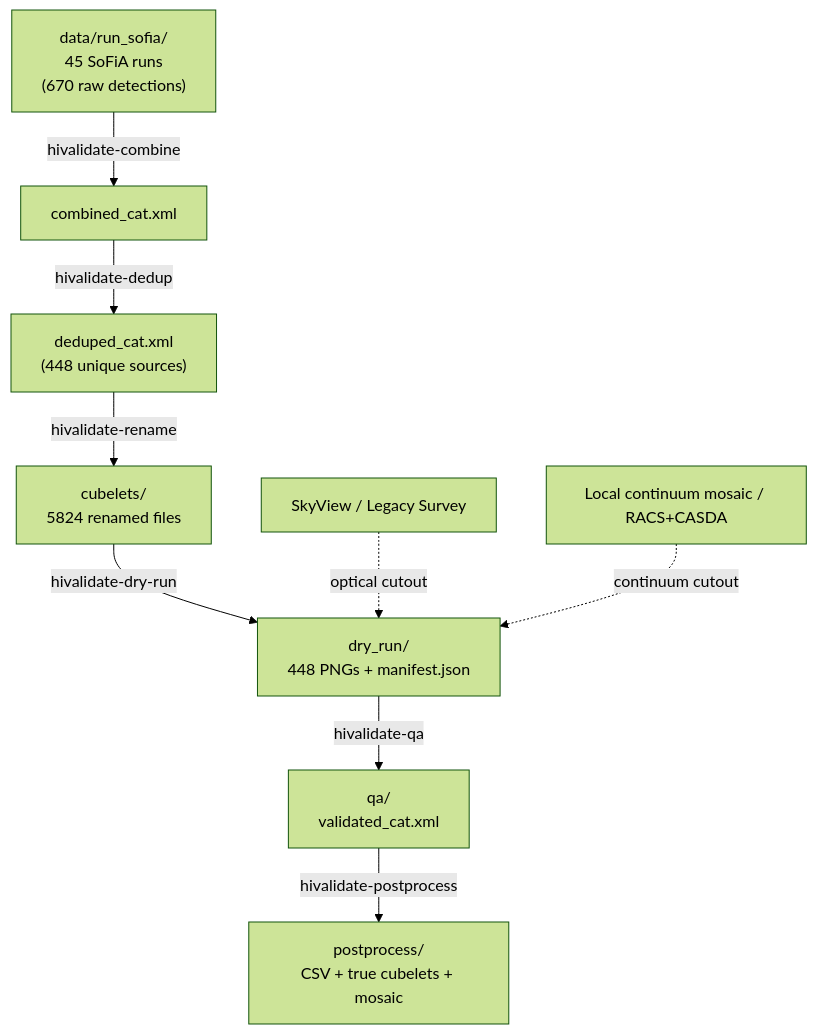
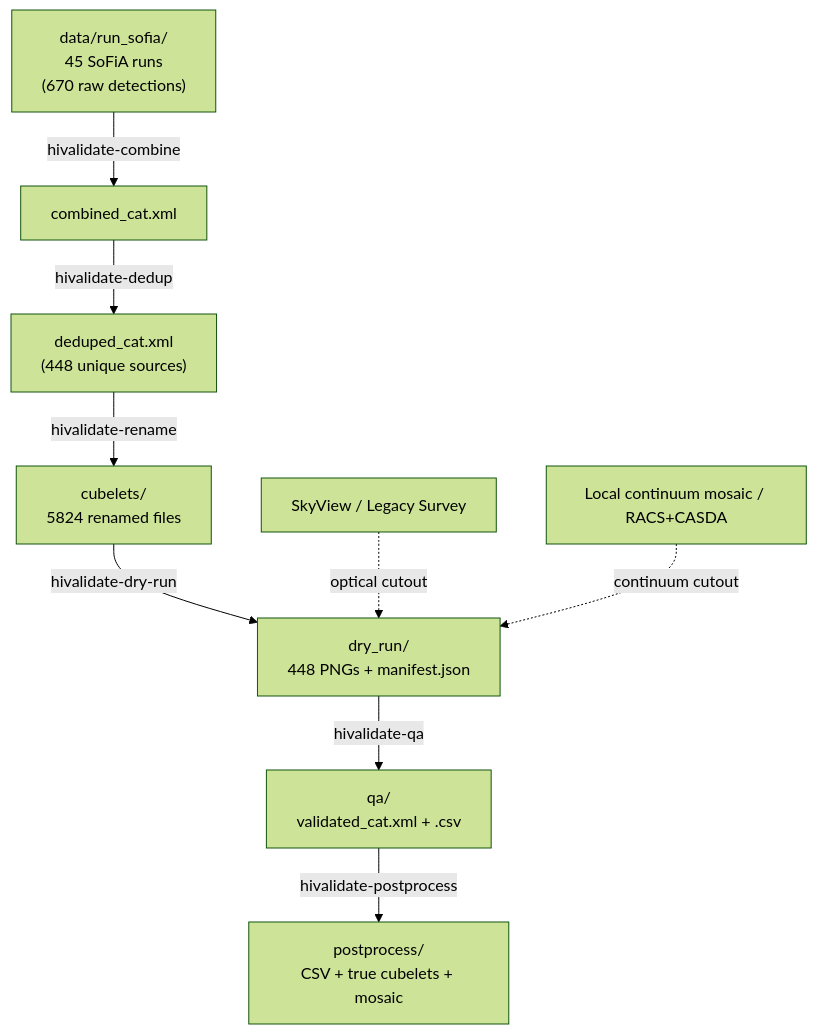
Before and after one commit to cosmonomad/hivalidate: the diagram in docs/pipeline_overview.md, drawn with Mermaid (forest theme). The commit also changed other lines of this file and 5 other files, not shown here.

First line of the commit message:
Also write the validated catalogue as CSV, alongside the VOTable

````diff
--- a/docs/pipeline_overview.md
+++ b/docs/pipeline_overview.md
@@ -11,12 +11,12 @@
 ```mermaid
 flowchart TD
     A["data/run_sofia/<br/>45 SoFiA runs<br/>(670 raw detections)"] -->|hivalidate-combine| B[combined_cat.xml]
     B -->|hivalidate-dedup| C["deduped_cat.xml<br/>(448 unique sources)"]
     C -->|hivalidate-rename| D["cubelets/<br/>5824 renamed files"]
     D -->|hivalidate-dry-run| E["dry_run/<br/>448 PNGs + manifest.json"]
-    E -->|hivalidate-qa| F["qa/<br/>validated_cat.xml"]
+    E -->|hivalidate-qa| F["qa/<br/>validated_cat.xml + .csv"]
     F -->|hivalidate-postprocess| G["postprocess/<br/>CSV + true cubelets + mosaic"]
 
     H[SkyView / Legacy Survey] -.optical cutout.-> E
     I[Local continuum mosaic / RACS+CASDA] -.continuum cutout.-> E
 ```
````
